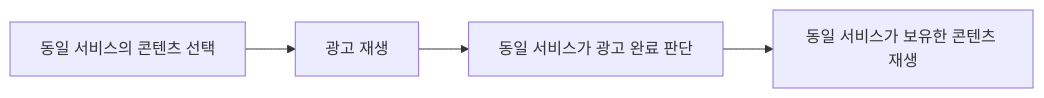
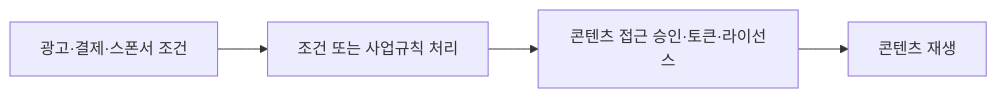
Before and after one commit to growdai1y/instant-play: the tenth of 14 diagrams in instant_play_직무발명서.md, drawn with Mermaid. The commit also changed other lines of this file and 1 other file, not shown here.

````diff
--- a/instant_play_직무발명서.md
+++ b/instant_play_직무발명서.md
@@ -1184,6 +1292,6 @@
 ```mermaid
 flowchart LR
-    SELECT["동일 서비스의 콘텐츠 선택"] --> AD["광고 재생"]
-    AD --> CHECK["동일 서비스가 광고 완료 판단"]
-    CHECK --> CONTENT["동일 서비스가 보유한 콘텐츠 재생"]
+    A["광고·결제·스폰서 조건"] --> B["조건 또는 사업규칙 처리"]
+    B --> C["콘텐츠 접근 승인·토큰·라이선스"]
+    C --> D["콘텐츠 재생"]
 ```
````
